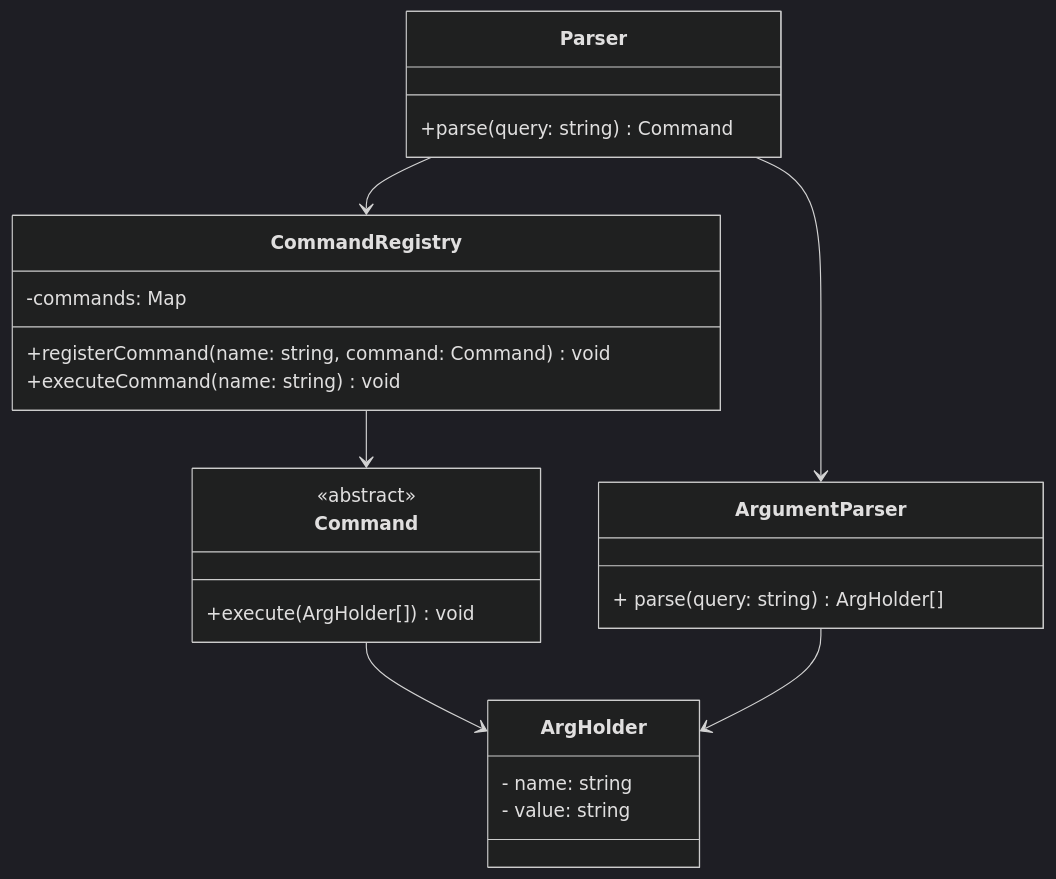
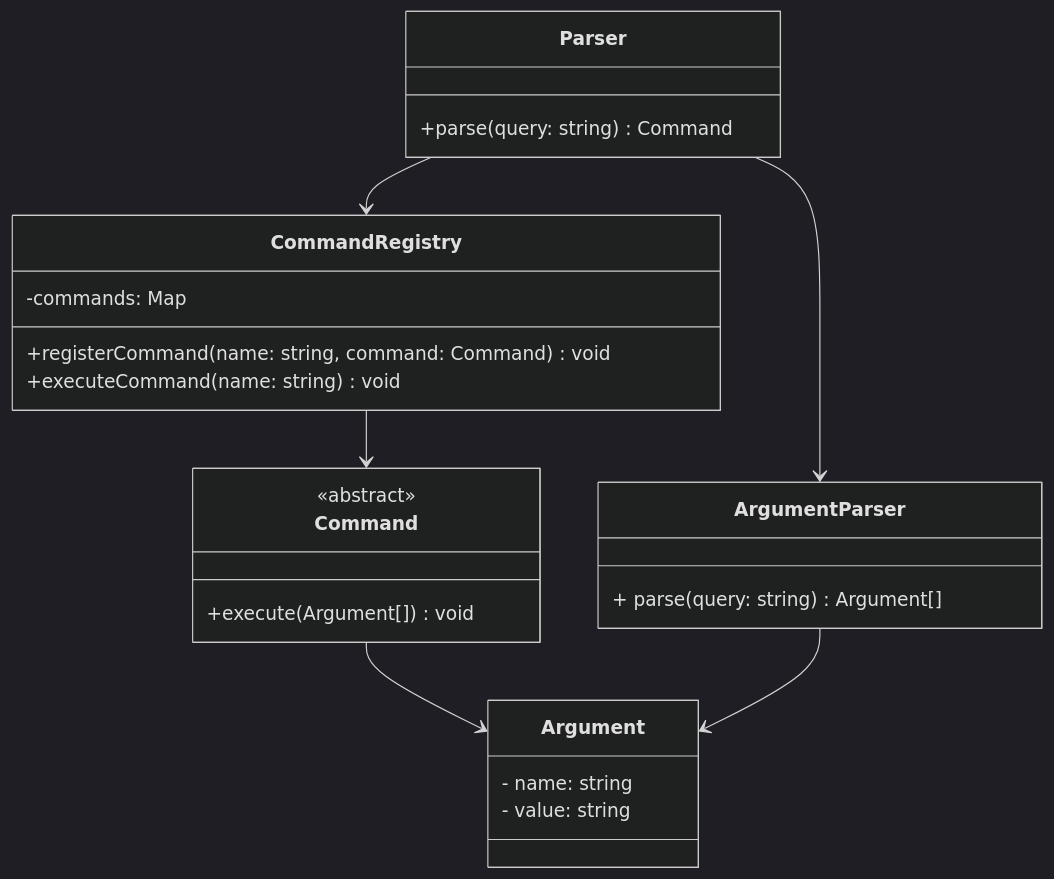
One commit to devAhmedMustafa/Metrole changed the diagram in src/cli/classes.mermaid. Above: the diagram before and after it, drawn with Mermaid (dark theme). The commit also changed 18 other files, not shown here.

```diff
--- a/src/cli/classes.mermaid
+++ b/src/cli/classes.mermaid
@@ -1,32 +1,32 @@
 classDiagram
     
     class Command {
         <<abstract>>
-        +execute(ArgHolder[]) void
+        +execute(Argument[]) void
     }
 
     class CommandRegistry {
         -commands: Map<string, Command>
         +registerCommand(name: string, command: Command) void
         +executeCommand(name: string) void
     }
 
-    class ArgHolder {
+    class Argument {
         - name: string
         - value: string
     }
 
     class ArgumentParser {
-        + parse(query: string) ArgHolder[]
+        + parse(query: string) Argument[]
     }
 
     class Parser {
         +parse(query: string) Command
     }
 
 
     CommandRegistry --> Command
-    Command --> ArgHolder
-    ArgumentParser --> ArgHolder
+    Command --> Argument
+    ArgumentParser --> Argument
     Parser --> CommandRegistry
     Parser --> ArgumentParser
```
